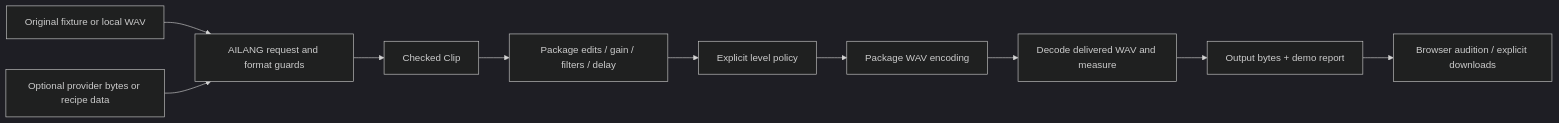
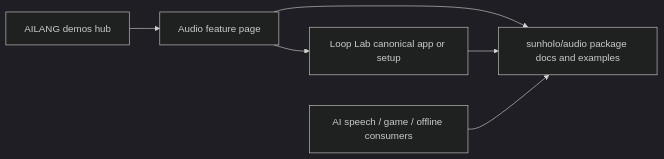
One commit to sunholo-data/ailang-demos changed the diagram in audio_tools/DESIGN_SPEC.md. Above: the diagram before and after it, drawn with Mermaid (dark theme). The commit also changed other lines of this file, not shown here.

Commit message:
Design: make Loop Lab the primary audio showcase

````diff
--- a/audio_tools/DESIGN_SPEC.md
+++ b/audio_tools/DESIGN_SPEC.md
@@ -98,12 +82,8 @@
 ```mermaid
 flowchart LR
-  F[Original fixture or local WAV] --> H[AILANG request and format guards]
-  P[Optional provider bytes or recipe data] --> H
-  H --> C[Checked Clip]
-  C --> E[Package edits / gain / filters / delay]
-  E --> L[Explicit level policy]
-  L --> W[Package WAV encoding]
-  W --> M[Decode delivered WAV and measure]
-  M --> R[Output bytes + demo report]
-  R --> A[Browser audition / explicit downloads]
+  H[AILANG demos hub] --> S[Audio feature page]
+  S --> L[Loop Lab canonical app or setup]
+  S --> P[sunholo/audio package docs and examples]
+  L --> P
+  A[AI speech / game / offline consumers] --> P
 ```
````
